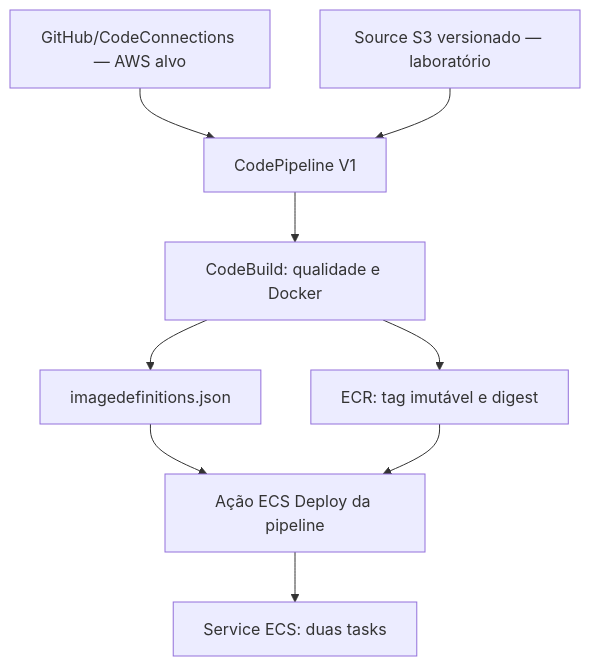
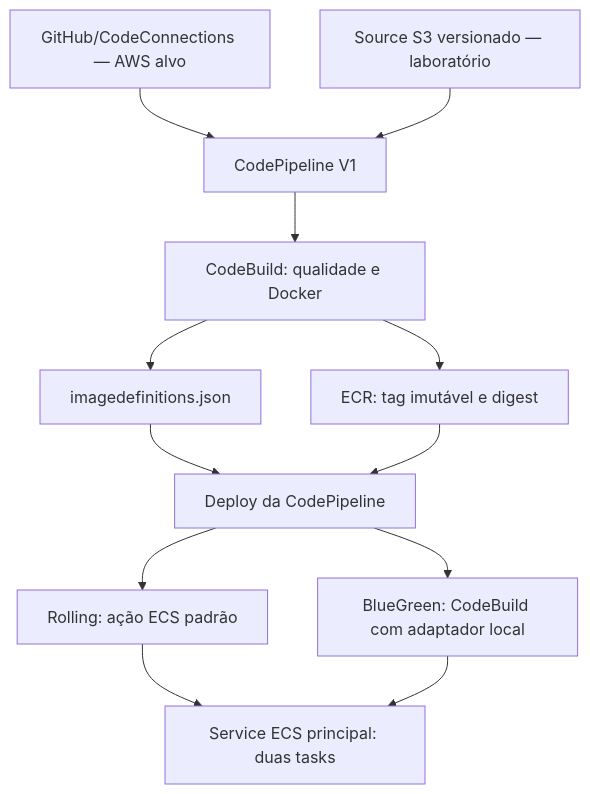
Before and after one commit to fernetone/cloudtasks-aws-portfolio: the first of 2 diagrams in docs/ARCHITECTURE.md, drawn with Mermaid. The commit also changed other lines of this file and 28 other files, not shown here.

First line of the commit message:
Implementar adaptador Blue/Green local na CodePipeline

````diff
--- a/docs/ARCHITECTURE.md
+++ b/docs/ARCHITECTURE.md
@@ -9,11 +9,14 @@
 ```mermaid
 flowchart TD
   source["GitHub/CodeConnections — AWS alvo"] --> cp["CodePipeline V1"]
   s3["Source S3 versionado — laboratório"] --> cp
   cp --> cb["CodeBuild: qualidade e Docker"]
   cb --> ecr["ECR: tag imutável e digest"]
   cb --> artifact["imagedefinitions.json"]
-  artifact --> deploy["Ação ECS Deploy da pipeline"]
+  artifact --> deploy["Deploy da CodePipeline"]
+  deploy --> rolling["Rolling: ação ECS padrão"]
+  deploy --> bg["BlueGreen: CodeBuild com adaptador local"]
   ecr --> deploy
-  deploy --> ecs["Service ECS: duas tasks"]
+  rolling --> ecs["Service ECS principal: duas tasks"]
+  bg --> ecs
 ```
````
